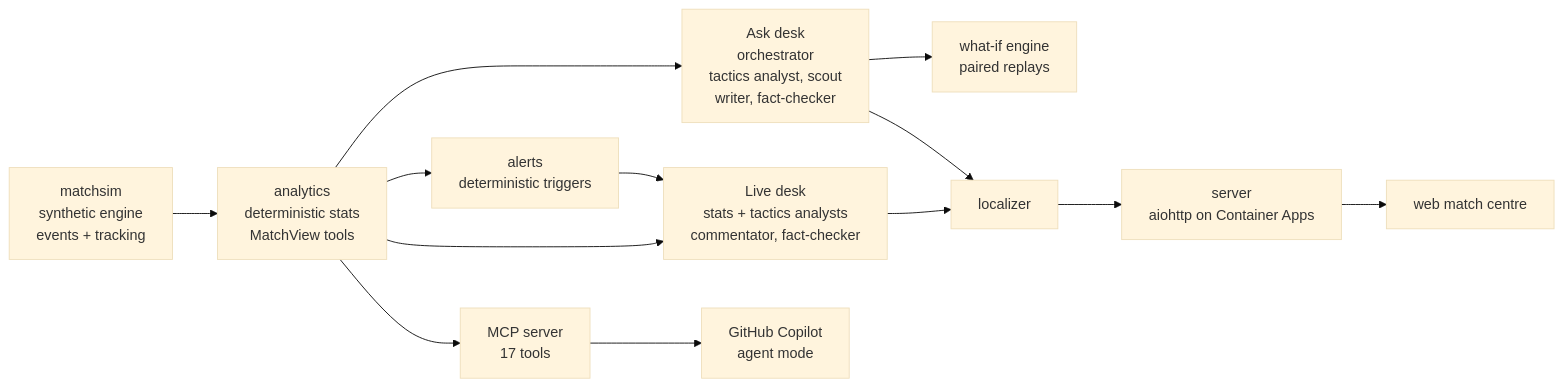
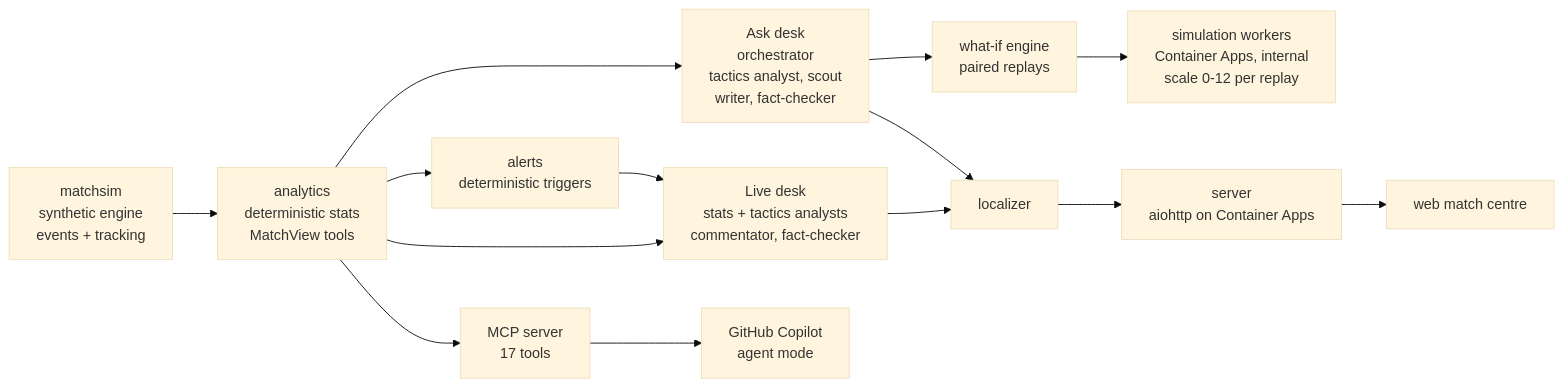
One commit to Nano-233/football-kaleidoscope changed the diagram in README.md. Above: the diagram before and after it, drawn with Mermaid (base theme). The commit also changed other lines of this file, not shown here.

Commit message:
README: simulation workers in the architecture and the Azure table

````diff
--- a/README.md
+++ b/README.md
@@ -57,14 +57,15 @@
 ```mermaid
 flowchart LR
   E[matchsim<br/>synthetic engine<br/>events + tracking] --> A[analytics<br/>deterministic stats<br/>MatchView tools]
   A --> L[Live desk<br/>stats + tactics analysts<br/>commentator, fact-checker]
   A --> D[Ask desk<br/>orchestrator<br/>tactics analyst, scout<br/>writer, fact-checker]
   A --> AL[alerts<br/>deterministic triggers]
   AL --> L
   D --> W[what-if engine<br/>paired replays]
+  W --> SW[simulation workers<br/>Container Apps, internal<br/>scale 0-12 per replay]
   L & D --> LZ[localizer]
   LZ --> S[server<br/>aiohttp on Container Apps]
   S --> UI[web match centre]
   A --> M[MCP server<br/>17 tools]
   M --> C[GitHub Copilot<br/>agent mode]
 ```
````
